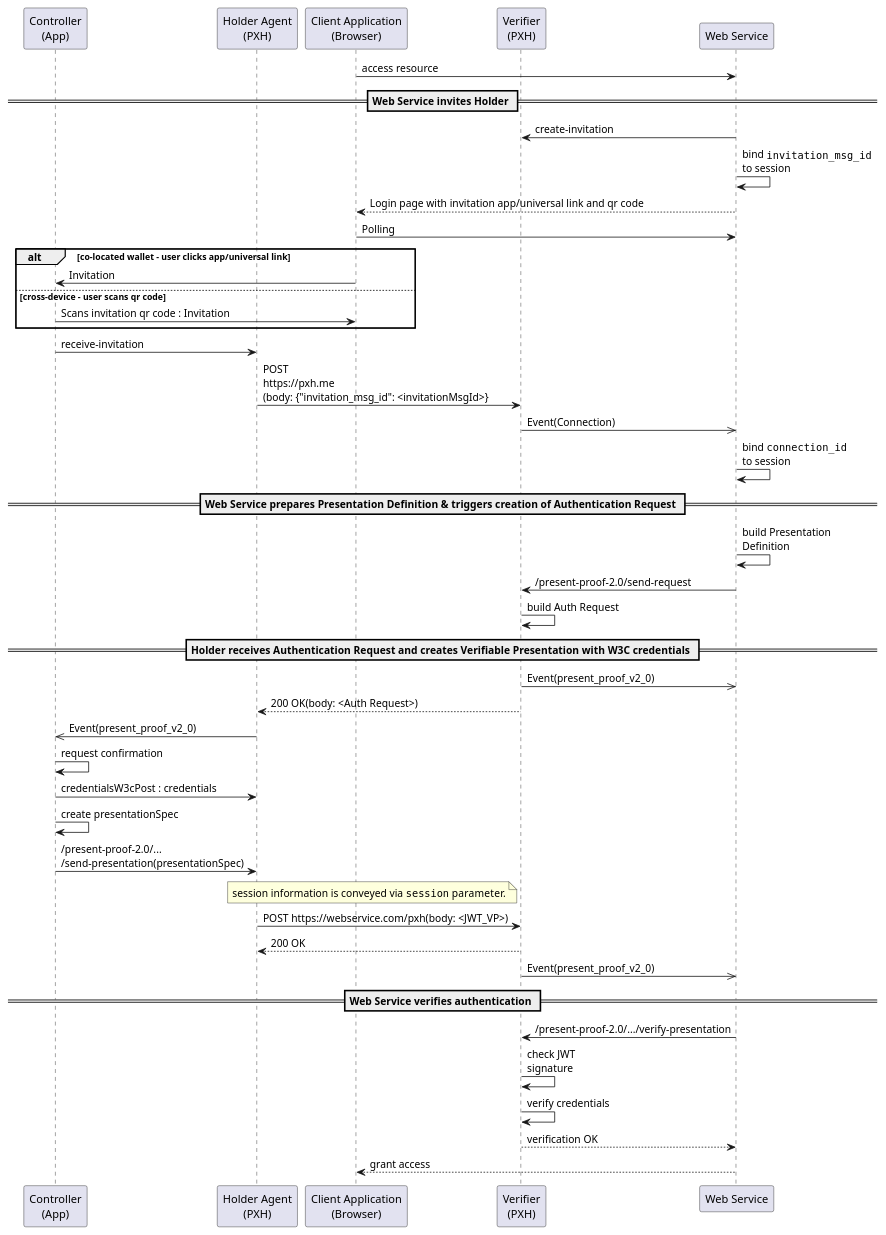
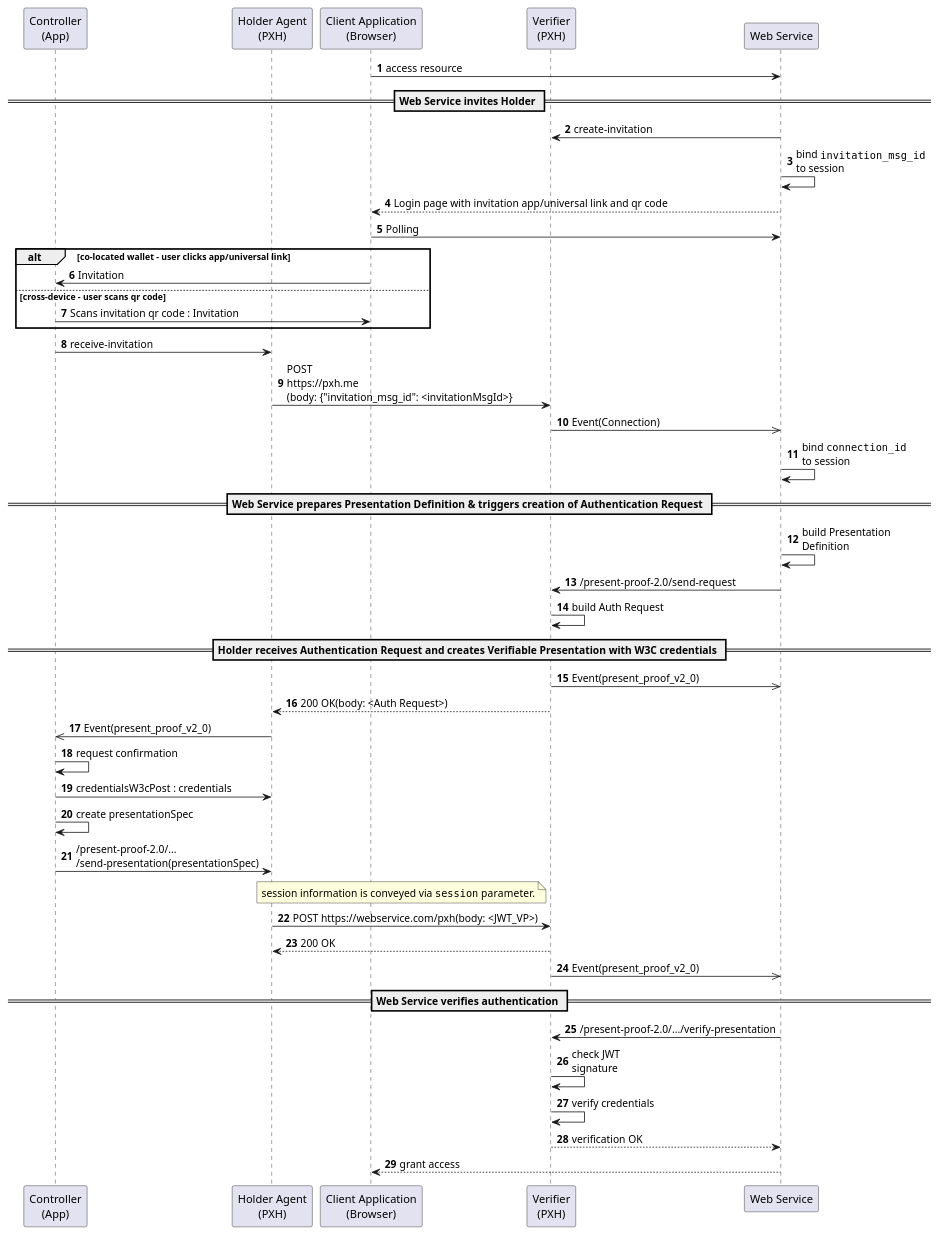
One commit to gematik/poc-fue-presentationExchangeOverHttp changed the diagram in aca-py_how-to.adoc. Above: the diagram before and after it, drawn with PlantUML. The commit also changed other lines of this file, not shown here.

```diff
--- a/aca-py_how-to.adoc
+++ b/aca-py_how-to.adoc
@@ -95,65 +95,66 @@
 [plantuml]
 ----
 @startuml
 'https://plantuml.com/sequence-diagram
 
 skinparam BoxPadding 10
+autonumber
 
 participant "Controller\n(App)" as controller
 participant "Holder Agent\n(PXH)" as HolderAgent
 participant "Client Application\n(Browser)" as client
 participant "Verifier\n(PXH)" as VerifierAgent
 participant "Web Service" as webservice
 
 
 client -> webservice : access resource
 
 == Web Service invites Holder ==
 
 webservice  -> VerifierAgent : create-invitation
 webservice  -> webservice    : bind ""invitation_msg_id""\nto session
 webservice --> client        : Login page with invitation app/universal link and qr code
 client      -> webservice    : Polling
 
 alt co-located wallet - user clicks app/universal link
     client -> controller : Invitation
 else cross-device - user scans qr code
     controller -> client : Scans invitation qr code : Invitation
 end
 
 controller     -> HolderAgent   : receive-invitation
 HolderAgent    -> VerifierAgent : POST\nhttps://pxh.me\n(body: {"invitation_msg_id": <invitationMsgId>}
 VerifierAgent ->> webservice    : Event(Connection)
 webservice     -> webservice    : bind ""connection_id""\nto session
 
 == Web Service prepares Presentation Definition & triggers creation of Authentication Request ==
 
 webservice    -> webservice    : build Presentation\nDefinition
 webservice    -> VerifierAgent : /present-proof-2.0/send-request
 VerifierAgent -> VerifierAgent : build Auth Request
 
 == Holder receives Authentication Request and creates Verifiable Presentation with W3C credentials ==
 
 VerifierAgent ->> webservice    : Event(present_proof_v2_0)
 HolderAgent   <-- VerifierAgent : 200 OK(body: <Auth Request>)
 HolderAgent   ->> controller    : Event(present_proof_v2_0)
 controller     -> controller    : request confirmation
 controller     -> HolderAgent   : credentialsW3cPost : credentials
 controller     -> controller    : create presentationSpec
 controller     -> HolderAgent   : /present-proof-2.0/...\n/send-presentation(presentationSpec)
 note left of VerifierAgent : session information is conveyed via ""session"" parameter.
 
 HolderAgent   ->  VerifierAgent : POST https://webservice.com/pxh(body: <JWT_VP>)
 HolderAgent   <-- VerifierAgent : 200 OK
 VerifierAgent ->> webservice    : Event(present_proof_v2_0)
 
 == Web Service verifies authentication ==
 
 webservice     -> VerifierAgent : /present-proof-2.0/.../verify-presentation
 VerifierAgent  -> VerifierAgent : check JWT\nsignature
 VerifierAgent  -> VerifierAgent : verify credentials
 webservice    <-- VerifierAgent : verification OK
 client        <-- webservice    : grant access
 
 @enduml
 ----
```
